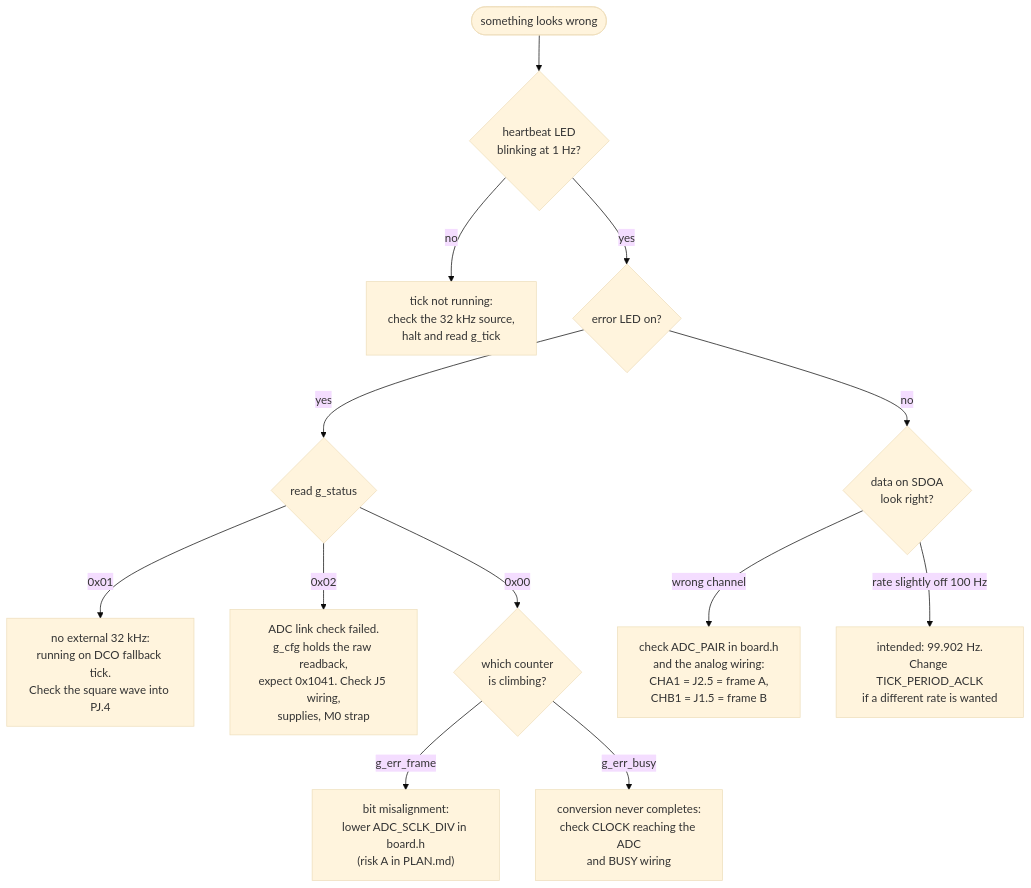
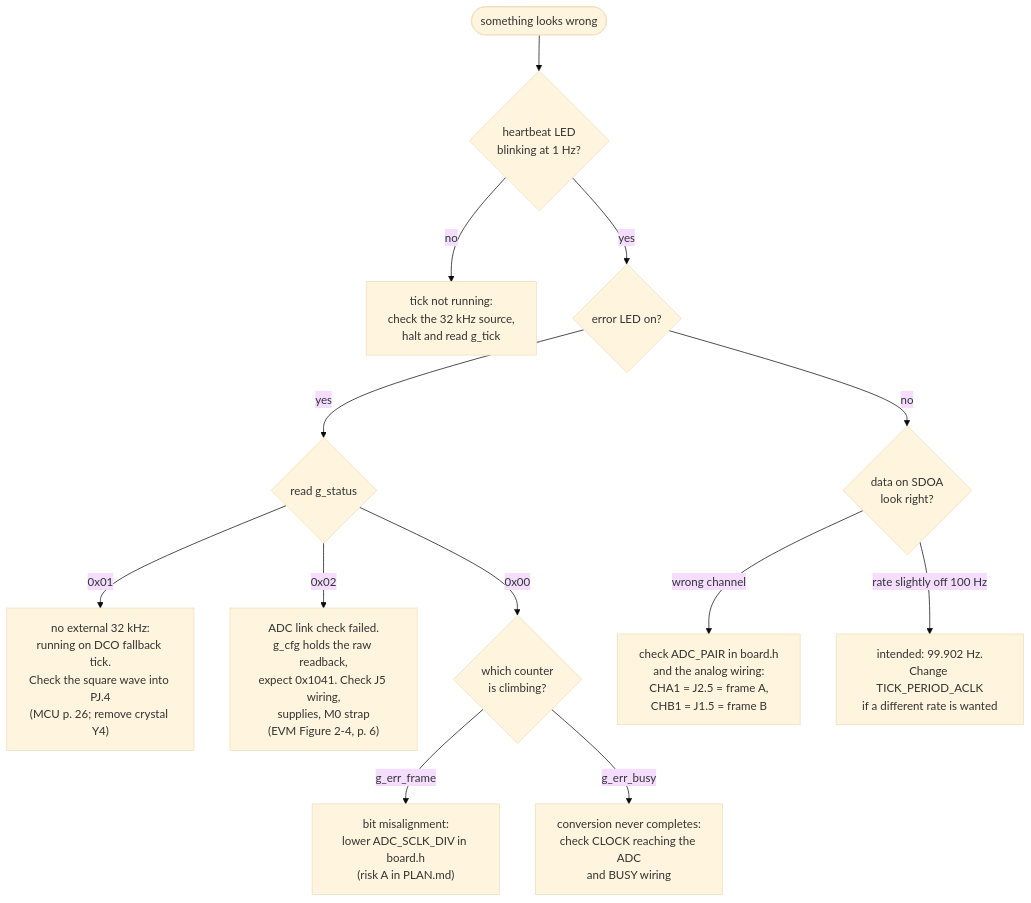
One commit to S-OConnor/MSP430_TestRepo changed the tenth of 10 diagrams in docs/DESIGN.md. Above: the diagram before and after it, drawn with Mermaid (base theme). The commit also changed other lines of this file and 3 other files, not shown here.

````diff
--- a/docs/DESIGN.md
+++ b/docs/DESIGN.md
@@ -811,20 +905,20 @@
 ```mermaid
 flowchart TD
     START([something looks wrong]) --> HB{"heartbeat LED<br/>blinking at 1 Hz?"}
 
     HB -->|no| NOTICK["tick not running:<br/>check the 32 kHz source,<br/>halt and read g_tick"]
     HB -->|yes| ERRLED{"error LED on?"}
 
     ERRLED -->|no| DATA{"data on SDOA<br/>look right?"}
     ERRLED -->|yes| STATUS{"read g_status"}
 
-    STATUS -->|0x01| S1["no external 32 kHz:<br/>running on DCO fallback tick.<br/>Check the square wave into PJ.4"]
-    STATUS -->|0x02| S2["ADC link check failed.<br/>g_cfg holds the raw readback,<br/>expect 0x1041. Check J5 wiring,<br/>supplies, M0 strap"]
+    STATUS -->|0x01| S1["no external 32 kHz:<br/>running on DCO fallback tick.<br/>Check the square wave into PJ.4<br/>(MCU p. 26; remove crystal Y4)"]
+    STATUS -->|0x02| S2["ADC link check failed.<br/>g_cfg holds the raw readback,<br/>expect 0x1041. Check J5 wiring,<br/>supplies, M0 strap<br/>(EVM Figure 2-4, p. 6)"]
     STATUS -->|0x00| S0{"which counter<br/>is climbing?"}
 
     S0 -->|g_err_frame| FRAME["bit misalignment:<br/>lower ADC_SCLK_DIV in board.h<br/>(risk A in PLAN.md)"]
     S0 -->|g_err_busy| BUSY["conversion never completes:<br/>check CLOCK reaching the ADC<br/>and BUSY wiring"]
 
     DATA -->|"wrong channel"| CHAN["check ADC_PAIR in board.h<br/>and the analog wiring:<br/>CHA1 = J2.5 = frame A,<br/>CHB1 = J1.5 = frame B"]
     DATA -->|"rate slightly off 100 Hz"| RATE["intended: 99.902 Hz.<br/>Change TICK_PERIOD_ACLK<br/>if a different rate is wanted"]
 ```
````
